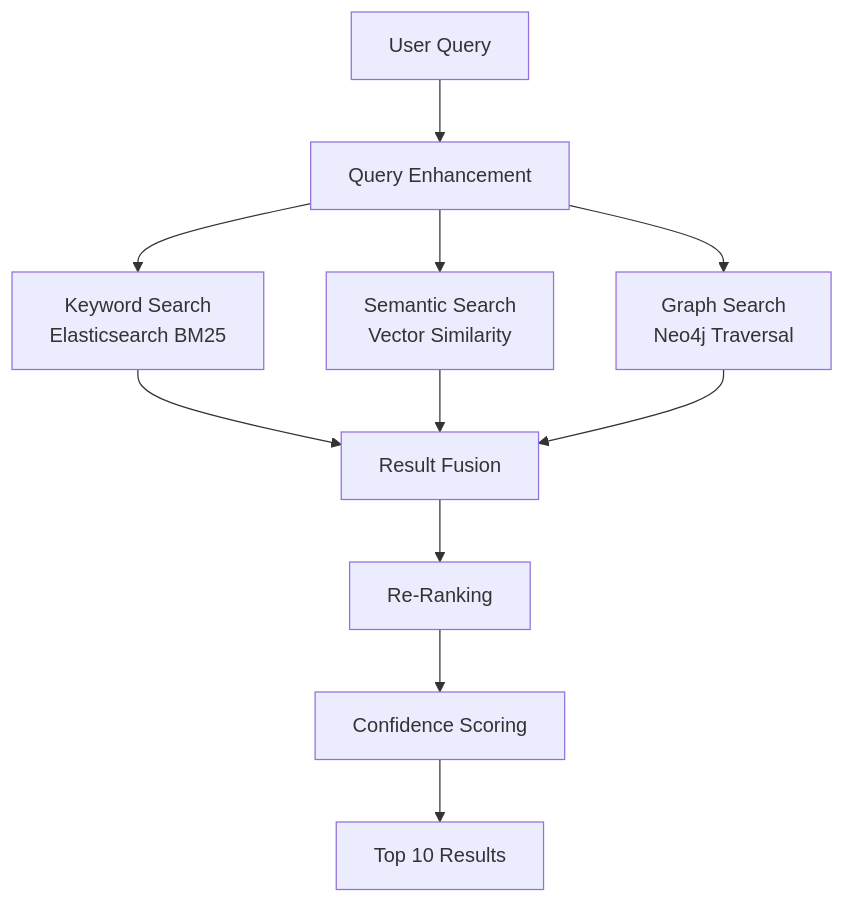
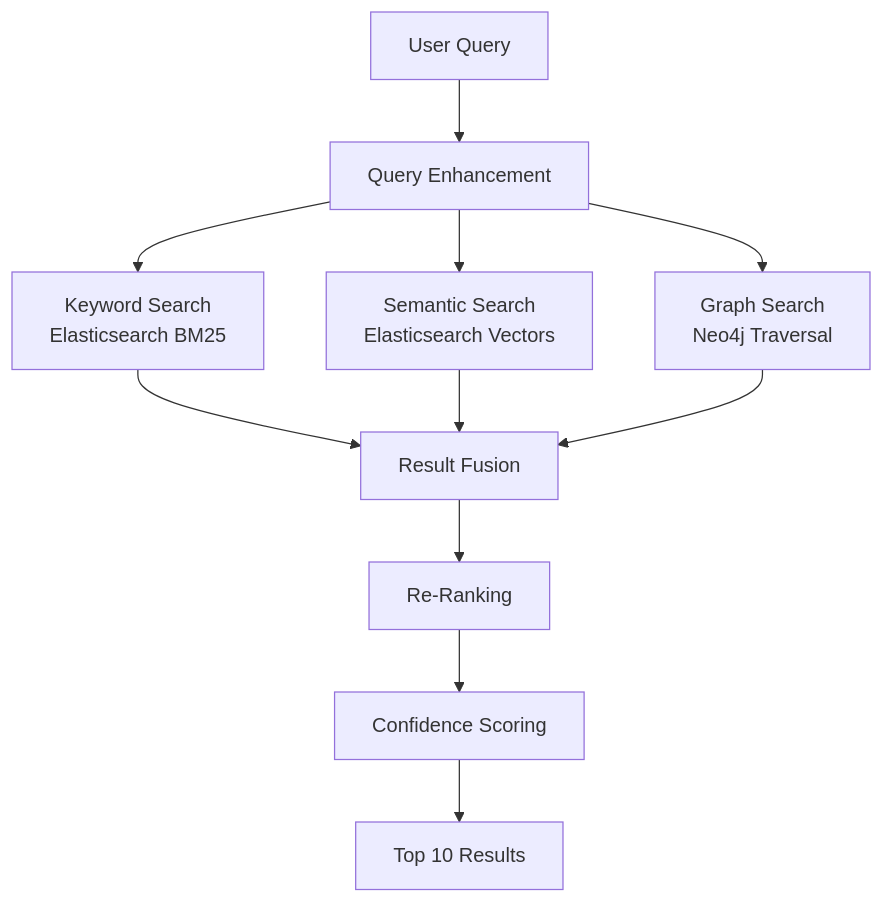
One commit to samjd-zz/regulatory-intelligence-assistant changed the sixth of 14 diagrams in docs/design.md. Above: the diagram before and after it, drawn with Mermaid. The commit also changed other lines of this file, not shown here.

````diff
--- a/docs/design.md
+++ b/docs/design.md
@@ -342,16 +341,16 @@
 ```mermaid
 flowchart TD
     A[User Query] --> B[Query Enhancement]
     
     B --> C[Keyword Search<br/>Elasticsearch BM25]
-    B --> D[Semantic Search<br/>Vector Similarity]
+    B --> D[Semantic Search<br/>Elasticsearch Vectors]
     B --> E[Graph Search<br/>Neo4j Traversal]
     
     C --> F[Result Fusion]
     D --> F
     E --> F
     
     F --> G[Re-Ranking]
     G --> H[Confidence Scoring]
     H --> I[Top 10 Results]
 ```
````
